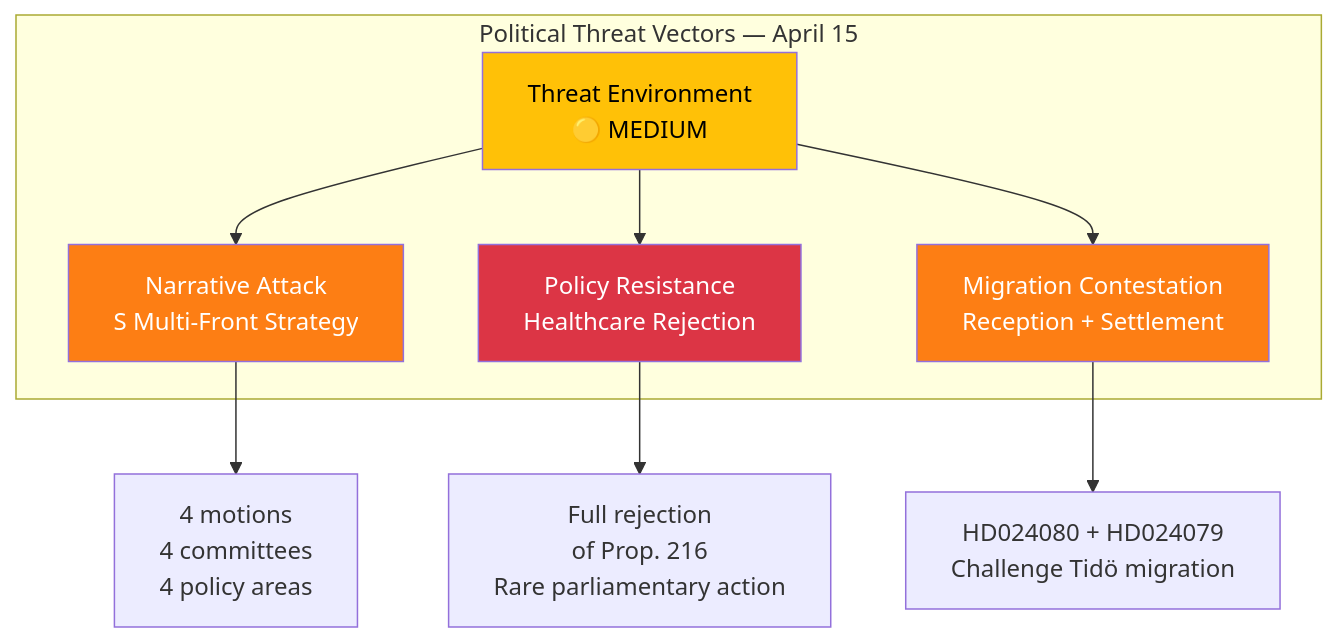
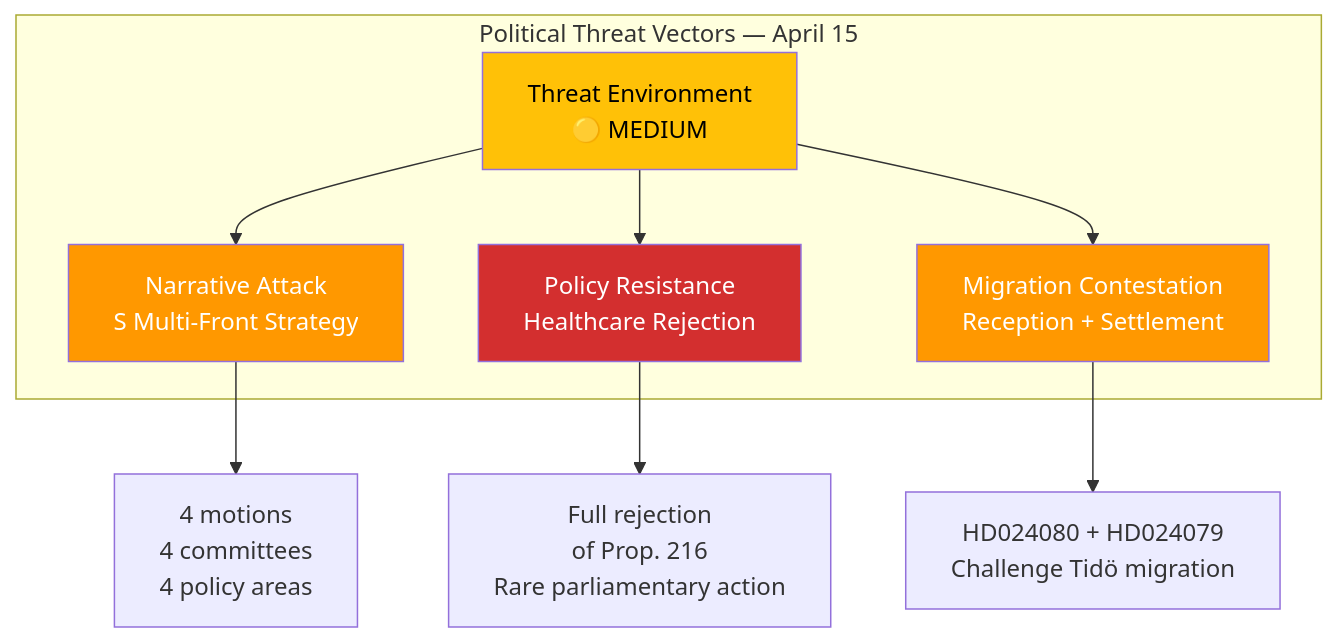
The diagram in analysis/daily/2026-04-15/realtime-0954/threat-analysis.md (Hack23/riksdagsmonitor), drawn with Mermaid before and after one commit. The commit also changed 785 other files, not shown here.

First line of the commit message:
Normalize mermaid colors across 786 analysis artifacts to ISMS Style Guide palette

````diff
--- a/analysis/daily/2026-04-15/realtime-0954/threat-analysis.md
+++ b/analysis/daily/2026-04-15/realtime-0954/threat-analysis.md
@@ -16,17 +16,17 @@
 ```mermaid
 graph TD
     subgraph "Political Threat Vectors — April 15"
         T0["Threat Environment<br/>🟡 MEDIUM"] --> T1["Narrative Attack<br/>S Multi-Front Strategy"]
         T0 --> T2["Policy Resistance<br/>Healthcare Rejection"]
         T0 --> T3["Migration Contestation<br/>Reception + Settlement"]
     end
 
     T1 --> T1a["4 motions<br/>4 committees<br/>4 policy areas"]
     T2 --> T2a["Full rejection<br/>of Prop. 216<br/>Rare parliamentary action"]
     T3 --> T3a["HD024080 + HD024079<br/>Challenge Tidö migration"]
 
-    style T0 fill:#ffc107,color:#000
-    style T1 fill:#fd7e14,color:#fff
-    style T2 fill:#dc3545,color:#fff
-    style T3 fill:#fd7e14,color:#fff
+    style T0 fill:#FFC107,color:#000000
+    style T1 fill:#FF9800,color:#FFFFFF
+    style T2 fill:#D32F2F,color:#FFFFFF
+    style T3 fill:#FF9800,color:#FFFFFF
 ```
````
